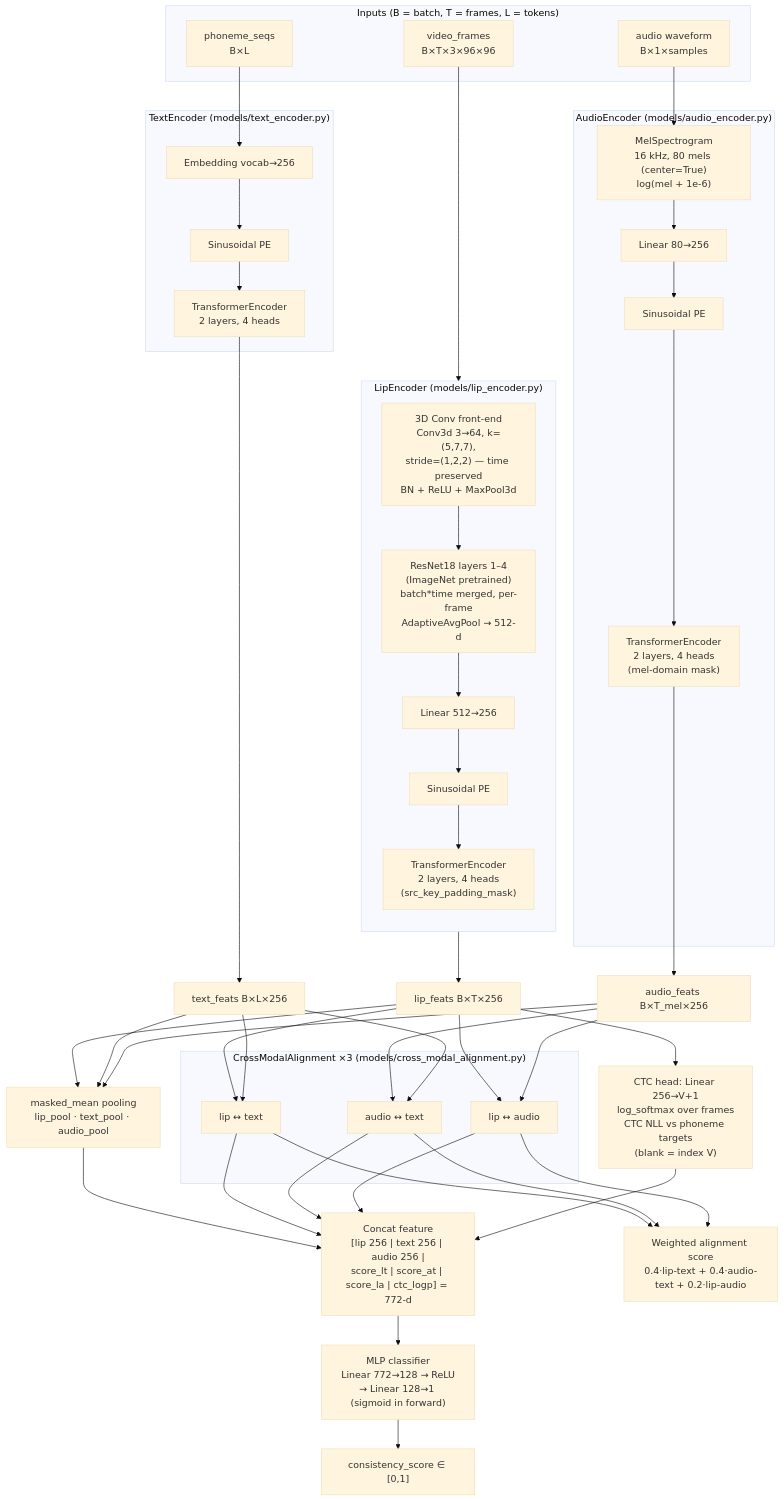
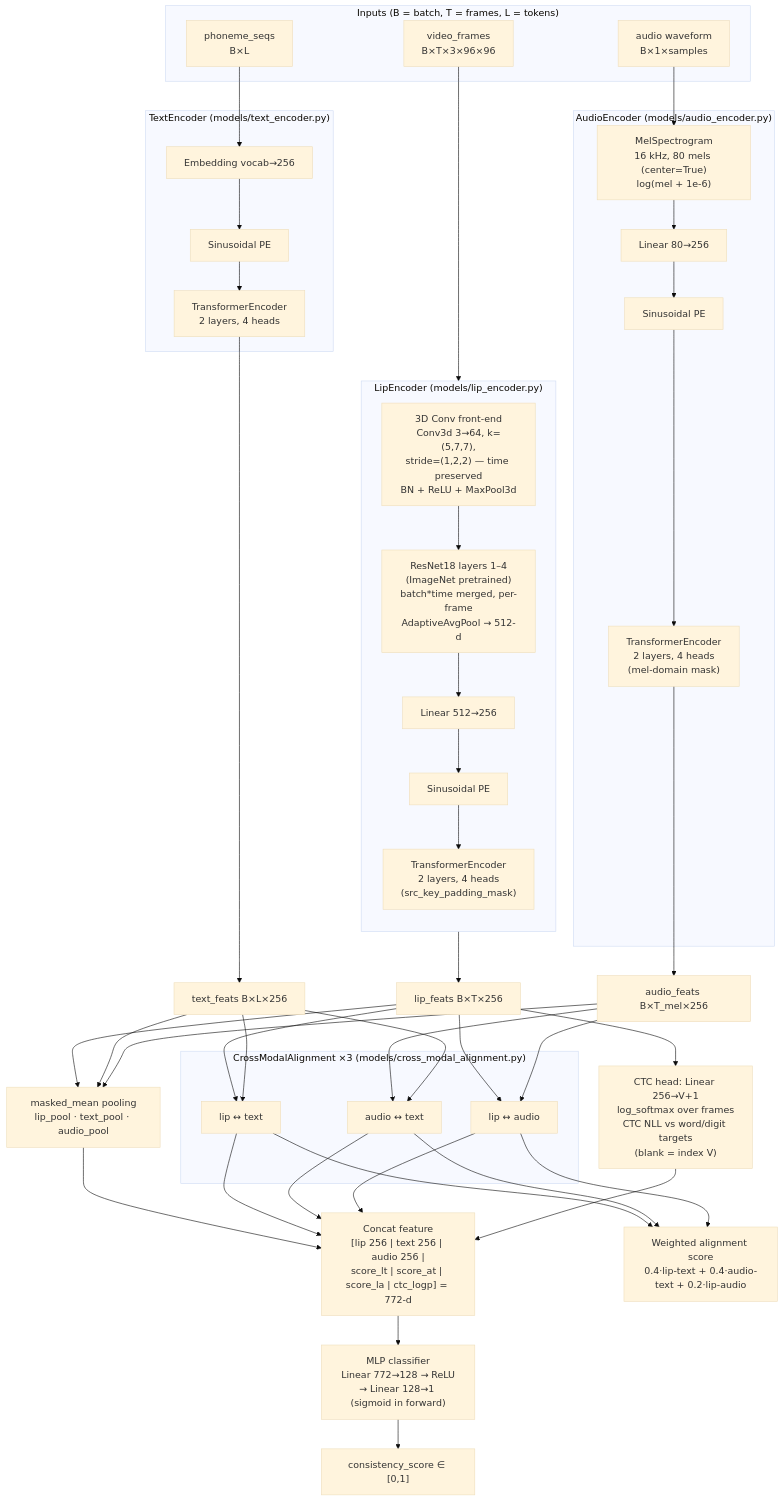
Before and after one commit to turinaf/liptev: the fifth of 7 diagrams in architecture.md, drawn with Mermaid (base theme). The commit also changed other lines of this file and 15 other files, not shown here.

````diff
--- a/architecture.md
+++ b/architecture.md
@@ -200,72 +200,72 @@
 ```mermaid
 flowchart TB
     subgraph INPUTS["Inputs (B = batch, T = frames, L = tokens)"]
         VID["video_frames<br/>B×T×3×96×96"]
         PHO["phoneme_seqs<br/>B×L"]
         WAV["audio waveform<br/>B×1×samples"]
     end
 
     subgraph LIPENC["LipEncoder (models/lip_encoder.py)"]
         direction TB
         C3D["3D Conv front-end<br/>Conv3d 3→64, k=(5,7,7),<br/>stride=(1,2,2) — time preserved<br/>BN + ReLU + MaxPool3d"]
         R18["ResNet18 layers 1–4<br/>(ImageNet pretrained)<br/>batch*time merged, per-frame<br/>AdaptiveAvgPool → 512-d"]
         FC["Linear 512→256"]
         PEL["Sinusoidal PE"]
         TRM_L["TransformerEncoder<br/>2 layers, 4 heads<br/>(src_key_padding_mask)"]
         C3D --> R18 --> FC --> PEL --> TRM_L
     end
 
     subgraph TXTENC["TextEncoder (models/text_encoder.py)"]
         EMB["Embedding vocab→256"]
         PET["Sinusoidal PE"]
         TRM_T["TransformerEncoder<br/>2 layers, 4 heads"]
         EMB --> PET --> TRM_T
     end
 
     subgraph AUDENC["AudioEncoder (models/audio_encoder.py)"]
         MEL["MelSpectrogram<br/>16 kHz, 80 mels (center=True)<br/>log(mel + 1e-6)"]
         PROJ["Linear 80→256"]
         PEA["Sinusoidal PE"]
         TRM_A["TransformerEncoder<br/>2 layers, 4 heads<br/>(mel-domain mask)"]
         MEL --> PROJ --> PEA --> TRM_A
     end
 
     VID --> C3D
     PHO --> EMB
     WAV --> MEL
 
     LF["lip_feats B×T×256"]
     TF["text_feats B×L×256"]
     AF["audio_feats B×T_mel×256"]
     TRM_L --> LF
     TRM_T --> TF
     TRM_A --> AF
 
     subgraph ALIGN["CrossModalAlignment ×3 (models/cross_modal_alignment.py)"]
         LT["lip ↔ text"]
         AT2["audio ↔ text"]
         LA["lip ↔ audio"]
     end
     LF & TF --> LT
     AF & TF --> AT2
     LF & AF --> LA
 
-    CTCH["CTC head: Linear 256→V+1<br/>log_softmax over frames<br/>CTC NLL vs phoneme targets<br/>(blank = index V)"]
+    CTCH["CTC head: Linear 256→V+1<br/>log_softmax over frames<br/>CTC NLL vs word/digit targets<br/>(blank = index V)"]
     LF --> CTCH
 
     POOL["masked_mean pooling<br/>lip_pool · text_pool · audio_pool"]
     LF & TF & AF --> POOL
 
     COMB["Concat feature<br/>[lip 256 | text 256 | audio 256 |<br/>score_lt | score_at | score_la | ctc_logp] = 772-d"]
     POOL --> COMB
     LT & AT2 & LA --> COMB
     CTCH --> COMB
 
     CLS["MLP classifier<br/>Linear 772→128 → ReLU<br/>→ Linear 128→1 (sigmoid in forward)"]
     COMB --> CLS
     SCORE["consistency_score ∈ [0,1]"]
     CLS --> SCORE
 
     WSUM["Weighted alignment score<br/>0.4·lip-text + 0.4·audio-text + 0.2·lip-audio"]
     LT & AT2 & LA --> WSUM
 ```
````
